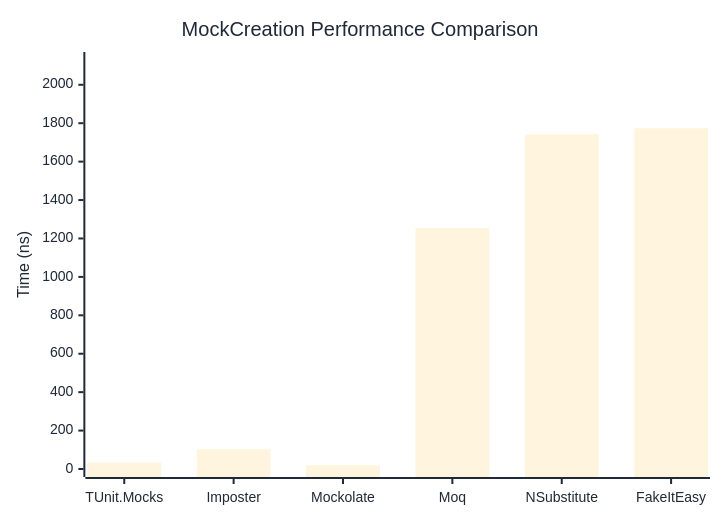
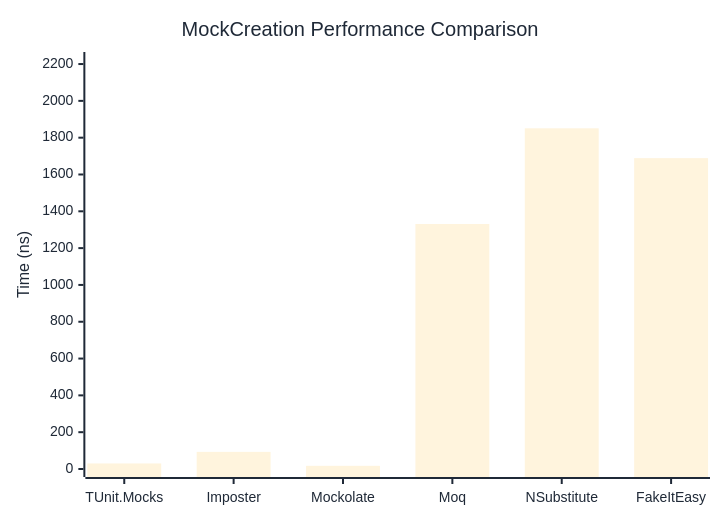
One commit to thomhurst/TUnit changed the first of 2 diagrams in docs/docs/benchmarks/mocks/MockCreation.md. Above: the diagram before and after it, drawn with Mermaid. The commit also changed other lines of this file and 14 other files, not shown here.

````diff
--- a/docs/docs/benchmarks/mocks/MockCreation.md
+++ b/docs/docs/benchmarks/mocks/MockCreation.md
@@ -30,27 +30,27 @@
 ```mermaid
 %%{init: {
   'theme':'base',
   'themeVariables': {
     'primaryColor': '#2563eb',
     'primaryTextColor': '#1f2937',
     'primaryBorderColor': '#1e40af',
     'lineColor': '#6b7280',
     'secondaryColor': '#7c3aed',
     'tertiaryColor': '#dc2626',
     'background': '#ffffff',
     'pie1': '#2563eb',
     'pie2': '#7c3aed',
     'pie3': '#dc2626',
     'pie4': '#f59e0b',
     'pie5': '#10b981',
     'pie6': '#06b6d4',
     'pie7': '#ec4899',
     'pie8': '#6366f1'
   }
 }}%%
 xychart-beta
   title "MockCreation Performance Comparison"
   x-axis ["TUnit.Mocks", "Imposter", "Mockolate", "Moq", "NSubstitute", "FakeItEasy"]
-  y-axis "Time (ns)" 0 --> 2129
-  bar [33.88, 103.05, 19.88, 1254.91, 1742.01, 1773.81]
+  y-axis "Time (ns)" 0 --> 2222
+  bar [30.15, 93.1, 17.21, 1331.11, 1850.97, 1688.9]
 ```
````
